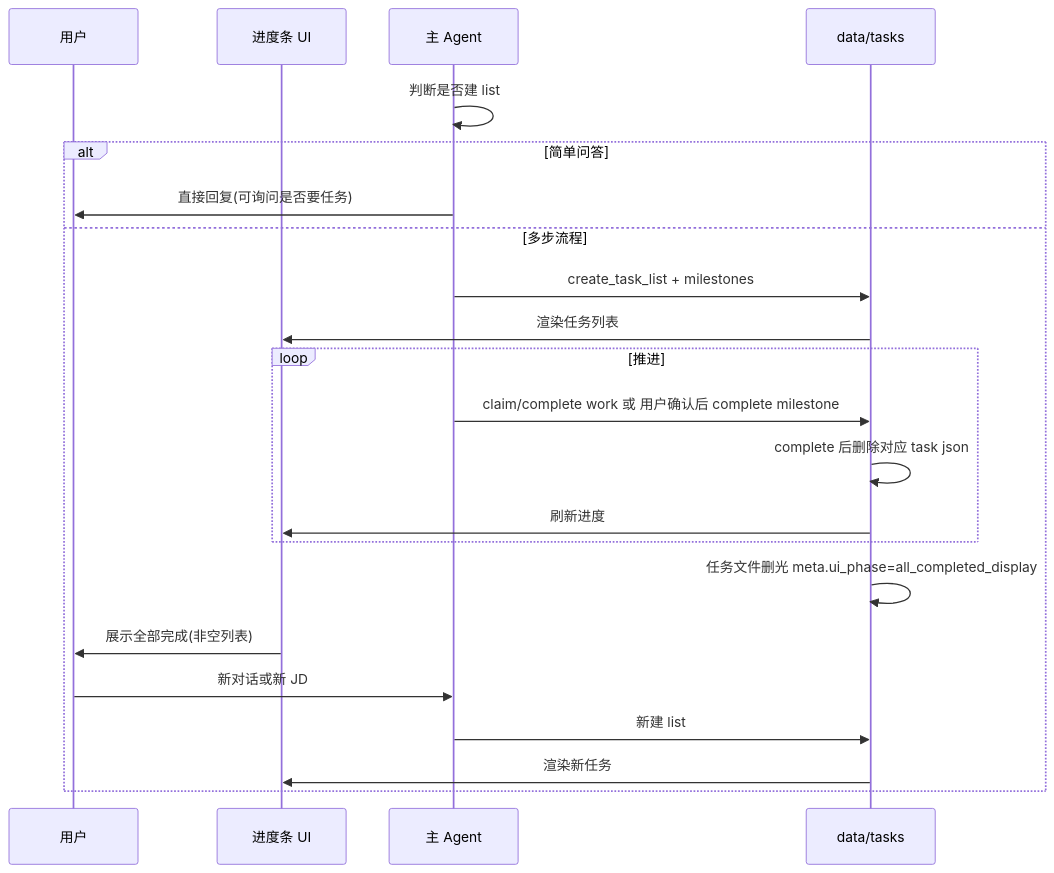
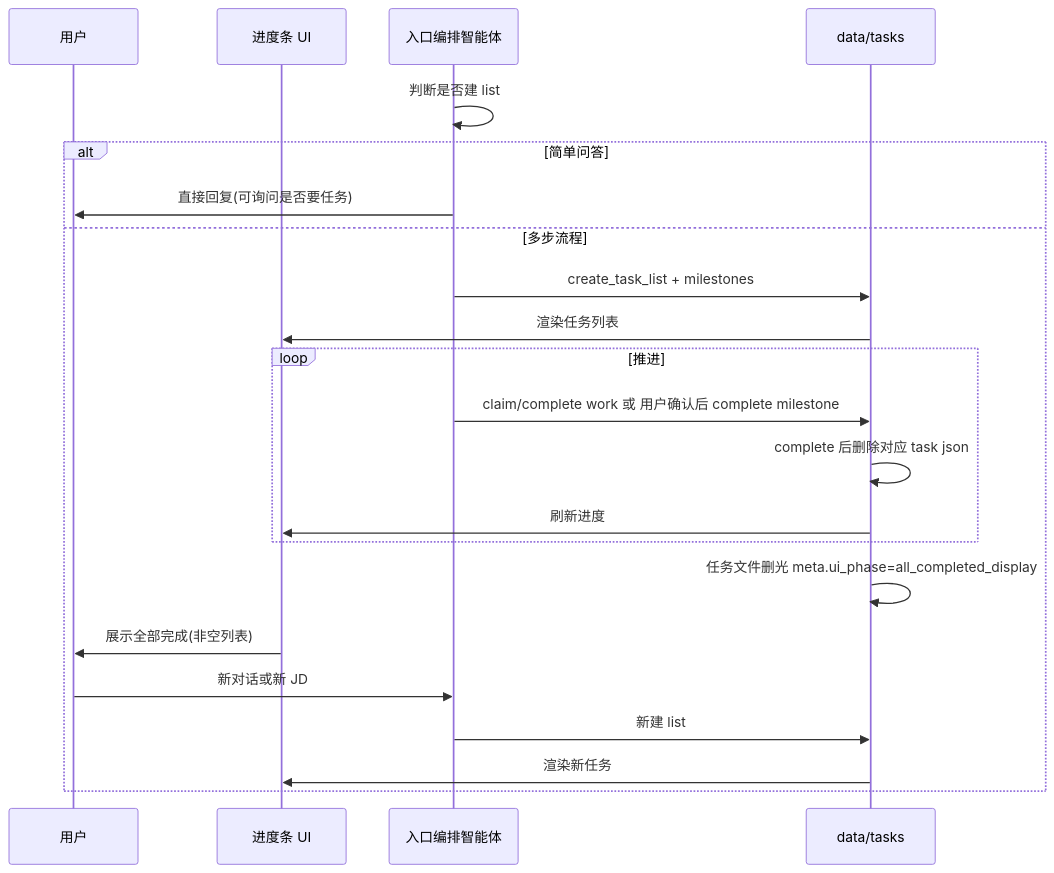
One commit to CatNum/AI-Optimized-Resume-V2 changed the sixth of 6 diagrams in docs/prd/career-planning-agent-prd.md. Above: the diagram before and after it, drawn with Mermaid. The commit also changed other lines of this file and 7 other files, not shown here.

````diff
--- a/docs/prd/career-planning-agent-prd.md
+++ b/docs/prd/career-planning-agent-prd.md
@@ -891,25 +1182,25 @@
 ```mermaid
 sequenceDiagram
   participant U as 用户
   participant UI as 进度条 UI
-  participant M as 主 Agent
+  participant M as 入口编排智能体
   participant T as data/tasks
 
   M->>M: 判断是否建 list
   alt 简单问答
     M->>U: 直接回复(可询问是否要任务)
   else 多步流程
     M->>T: create_task_list + milestones
     T->>UI: 渲染任务列表
     loop 推进
       M->>T: claim/complete work 或 用户确认后 complete milestone
       T->>T: complete 后删除对应 task json
       T->>UI: 刷新进度
     end
     T->>T: 任务文件删光 meta.ui_phase=all_completed_display
     UI->>U: 展示全部完成(非空列表)
     U->>M: 新对话或新 JD
     M->>T: 新建 list
     T->>UI: 渲染新任务
   end
 ```
````
